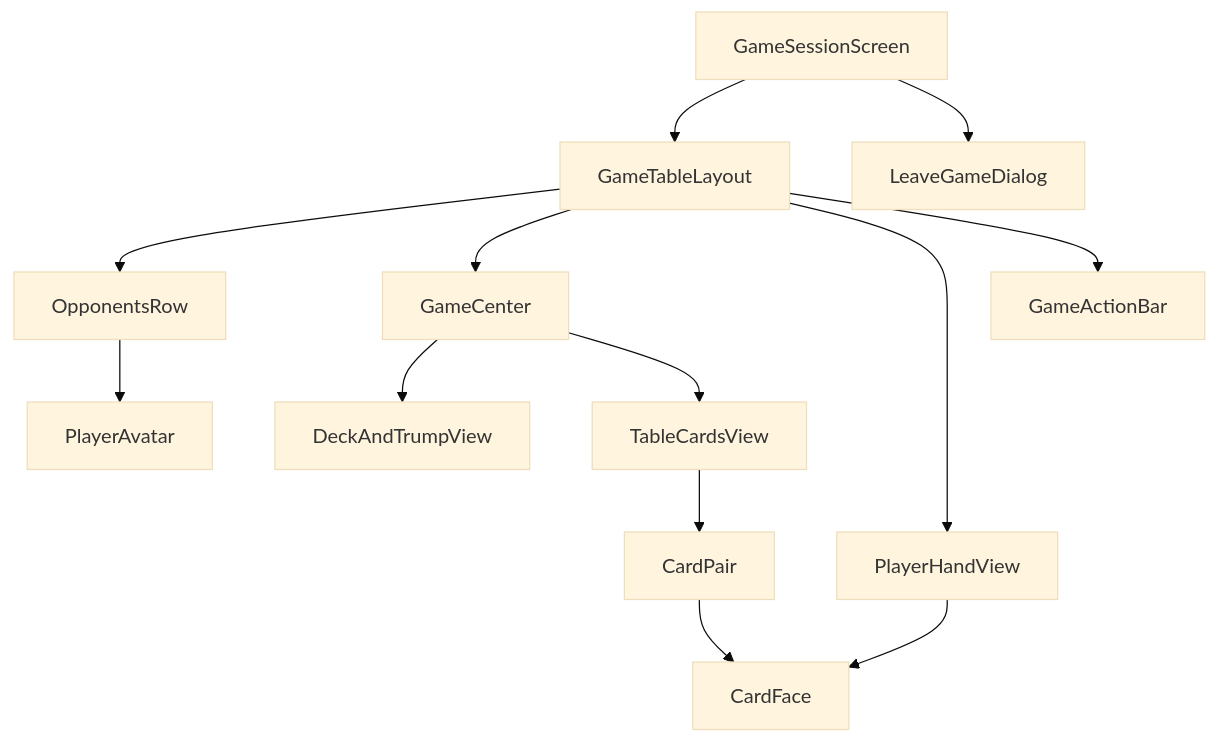
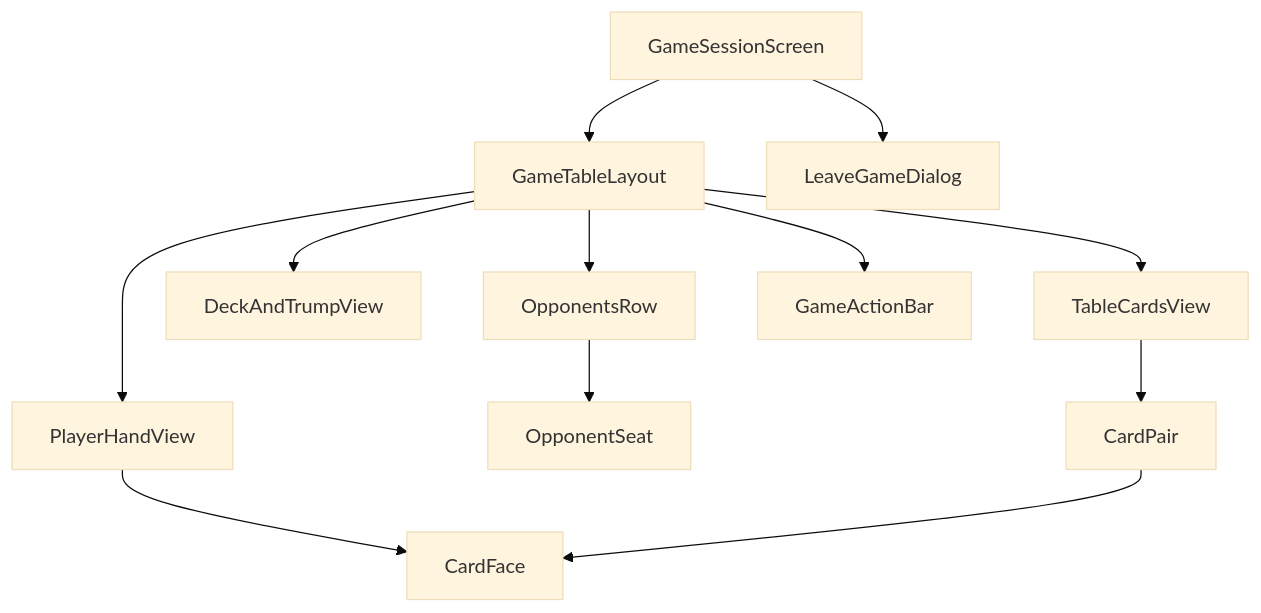
Diagram 13 of 13 in docs/architecture/navigation-and-screens.md (ivanbogomoloff/fool-card-game), drawn with Mermaid (base theme) before and after one commit. The commit also changed other lines of this file and 65 other files, not shown here.

````diff
--- a/docs/architecture/navigation-and-screens.md
+++ b/docs/architecture/navigation-and-screens.md
@@ -211,15 +204,14 @@
 ```mermaid
 flowchart TB
     GameSessionScreen --> GameTableLayout
     GameTableLayout --> OpponentsRow
-    GameTableLayout --> GameCenter
+    GameTableLayout --> DeckAndTrumpView
+    GameTableLayout --> TableCardsView
+    GameTableLayout --> GameActionBar
     GameTableLayout --> PlayerHandView
-    GameTableLayout --> GameActionBar
-    GameCenter --> DeckAndTrumpView
-    GameCenter --> TableCardsView
     GameSessionScreen --> LeaveGameDialog
-    OpponentsRow --> PlayerAvatar
+    OpponentsRow --> OpponentSeat
     PlayerHandView --> CardFace
     TableCardsView --> CardPair
     CardPair --> CardFace
 ```
````
